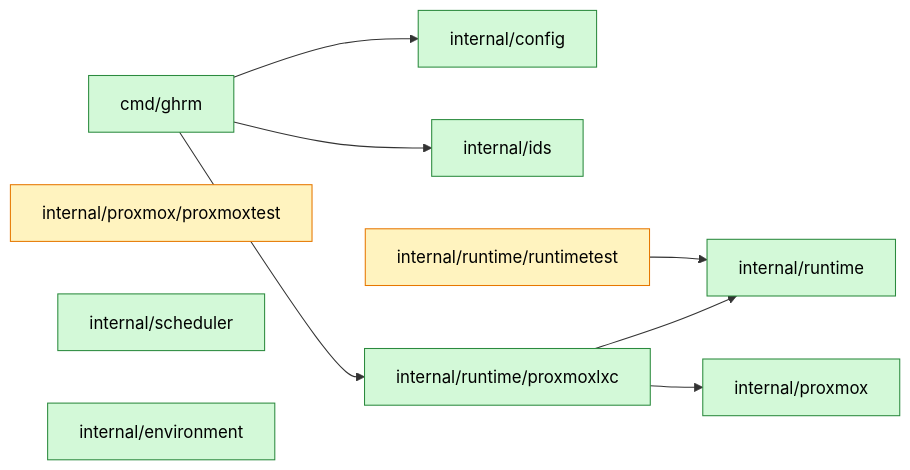
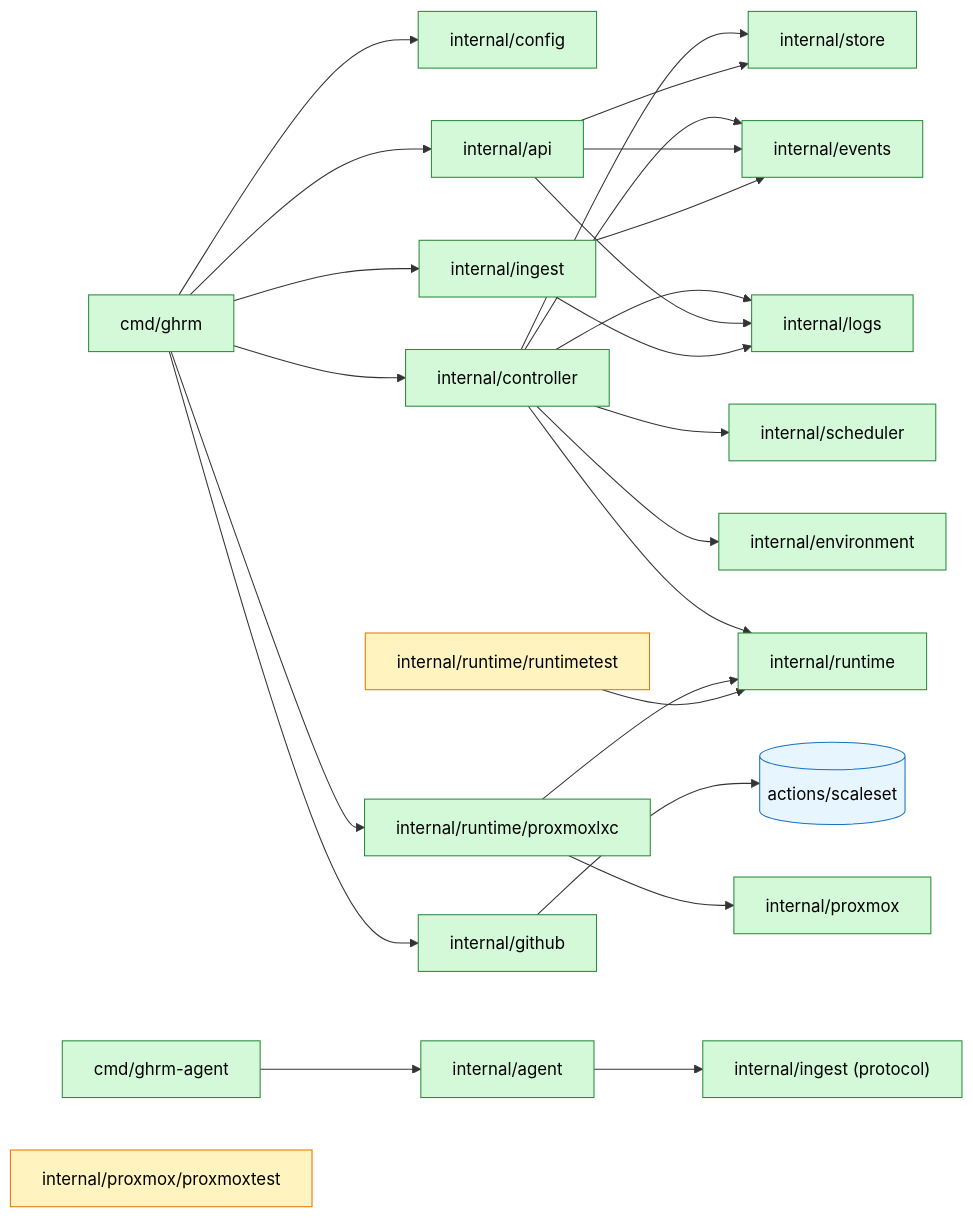
The seventh of 8 diagrams in docs/architecture.md (cocardoso/gh-runners-manager), drawn with Mermaid before and after one commit. The commit also changed other lines of this file and 1 other file, not shown here.

Commit message:
docs: update architecture and development guide for M2

````diff
--- a/docs/architecture.md
+++ b/docs/architecture.md
@@ -225,17 +256,34 @@
 ```mermaid
 flowchart LR
-    main["cmd/ghrm"] --> config["internal/config"]
-    main --> ids["internal/ids"]
-    main --> proxmoxlxc["internal/runtime/proxmoxlxc"]
-    proxmoxlxc --> runtime["internal/runtime"]
+    ghrm["cmd/ghrm"] --> config["internal/config"]
+    ghrm --> api["internal/api"]
+    ghrm --> controller["internal/controller"]
+    ghrm --> ingest["internal/ingest"]
+    ghrm --> github["internal/github"]
+    ghrm --> proxmoxlxc["internal/runtime/proxmoxlxc"]
+    controller --> scheduler["internal/scheduler"]
+    controller --> environment["internal/environment"]
+    controller --> runtime["internal/runtime"]
+    controller --> store["internal/store"]
+    controller --> events["internal/events"]
+    controller --> logs["internal/logs"]
+    api --> store
+    api --> events
+    api --> logs
+    ingest --> logs
+    ingest --> events
+    github --> scaleset[("actions/scaleset")]
+    proxmoxlxc --> runtime
     proxmoxlxc --> proxmox["internal/proxmox"]
+    agentcmd["cmd/ghrm-agent"] --> agent["internal/agent"]
+    agent --> ingestproto["internal/ingest (protocol)"]
     runtimetest["internal/runtime/runtimetest"] --> runtime
     proxmoxtest["internal/proxmox/proxmoxtest"]
-    scheduler["internal/scheduler"]
-    environment["internal/environment"]
 
     classDef done fill:#d3f9d8,stroke:#2b8a3e,color:#000
     classDef testonly fill:#fff3bf,stroke:#e67700,color:#000
-    class main,config,ids,proxmoxlxc,runtime,proxmox,scheduler,environment done
+    classDef ext fill:#e7f5ff,stroke:#1971c2,color:#000
+    class ghrm,config,api,controller,ingest,github,proxmoxlxc,scheduler,environment,runtime,store,events,logs,proxmox,agentcmd,agent,ingestproto done
     class runtimetest,proxmoxtest testonly
+    class scaleset ext
 ```
````
